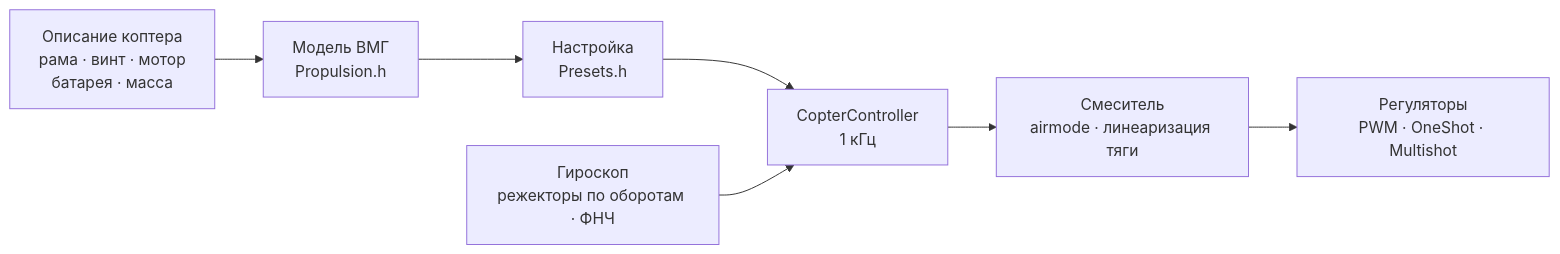
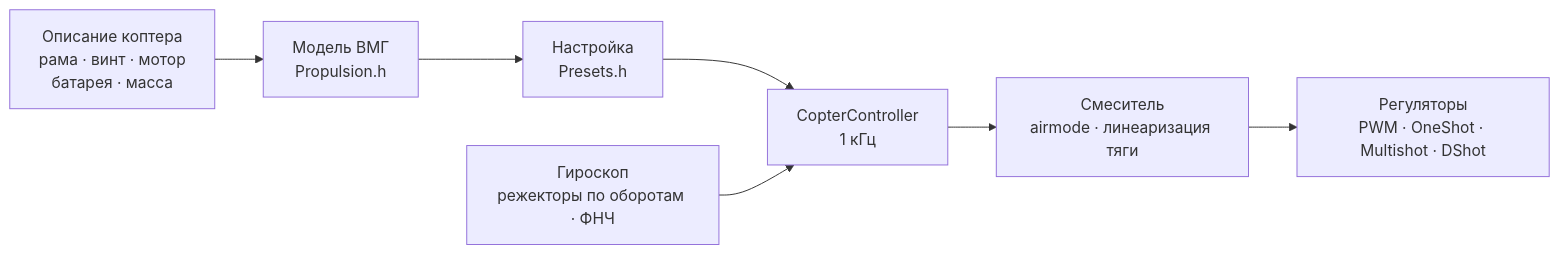
One commit to damir-lebedev/OpenPlaneProject changed the diagram in docs/COPTER.md. Above: the diagram before and after it, drawn with Mermaid. The commit also changed other lines of this file and 11 other files, not shown here.

````diff
--- a/docs/COPTER.md
+++ b/docs/COPTER.md
@@ -19,9 +19,9 @@
 ```mermaid
 flowchart LR
     D["Описание коптера<br/>рама · винт · мотор<br/>батарея · масса"] --> M["Модель ВМГ<br/>Propulsion.h"]
     M --> T["Настройка<br/>Presets.h"]
     T --> C["CopterController<br/>1 кГц"]
     G["Гироскоп<br/>режекторы по оборотам · ФНЧ"] --> C
     C --> X["Смеситель<br/>airmode · линеаризация тяги"]
-    X --> E["Регуляторы<br/>PWM · OneShot · Multishot"]
+    X --> E["Регуляторы<br/>PWM · OneShot · Multishot · DShot"]
 ```
````
